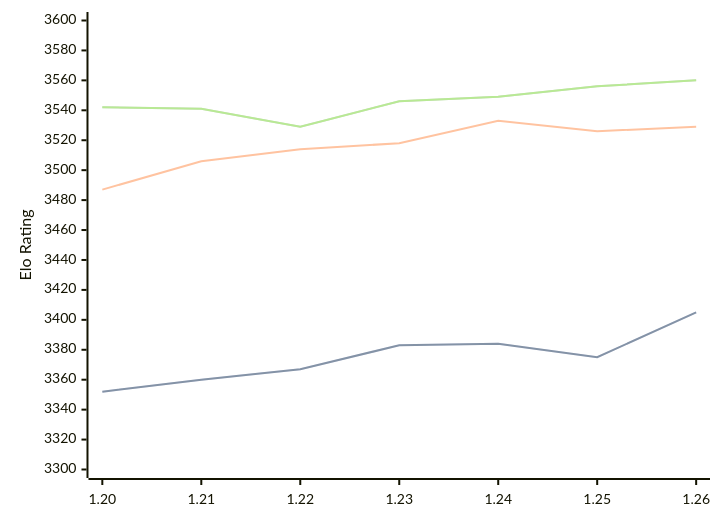
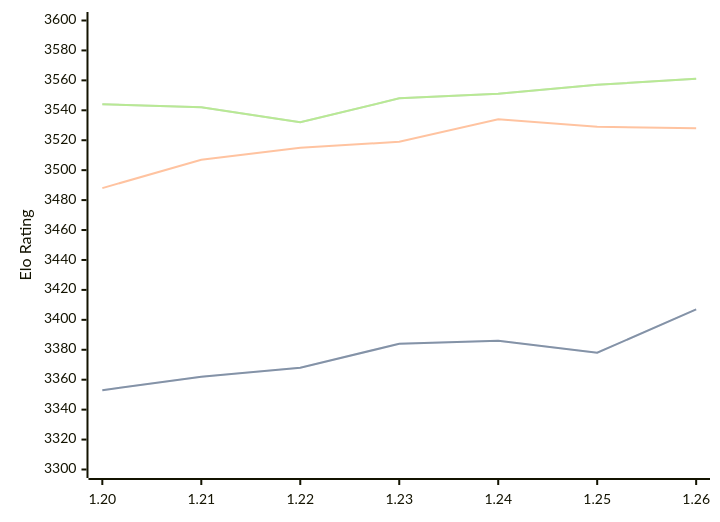
One commit to computer-chess-index/cci changed the diagram in engines/Caissa.md. Above: the diagram before and after it, drawn with Mermaid. The commit also changed other lines of this file, not shown here.

Commit message:
Update CCI Ratings (ELO VLTC) - 2026-08-22

````diff
--- a/engines/Caissa.md
+++ b/engines/Caissa.md
@@ -37,11 +37,11 @@
 ```mermaid
 %%{init: {"theme":"base","themeVariables":{"seriesColors:['#a3a3a3','#222221','#faa371']}}}%%
 xychart-beta
   x-axis ["1.20", "1.21", "1.22", "1.23", "1.24", "1.25", "1.26"]
   y-axis "Elo Rating" 3300 --> 3600
-  line "STC (8.0+0.08s)" [3352, 3360, 3367, 3383, 3384, 3375, 3405]
-  line "STC (8.0+0.08s)" [3352, 3360, 3367, 3383, 3384, 3375, 3405]
-  line "LTC (60.0+0.60s)" [3487, 3506, 3514, 3518, 3533, 3526, 3529]
-  line "VLTC (2m24s+1.12s)" [3542, 3541, 3529, 3546, 3549, 3556, 3560]
-  line "VLTC (2m24s+1.12s)" [3542, 3541, 3529, 3546, 3549, 3556, 3560]
+  line "STC (8.0+0.08s)" [3353, 3362, 3368, 3384, 3386, 3378, 3407]
+  line "STC (8.0+0.08s)" [3353, 3362, 3368, 3384, 3386, 3378, 3407]
+  line "LTC (60.0+0.60s)" [3488, 3507, 3515, 3519, 3534, 3529, 3528]
+  line "VLTC (2m24s+1.12s)" [3544, 3542, 3532, 3548, 3551, 3557, 3561]
+  line "VLTC (2m24s+1.12s)" [3544, 3542, 3532, 3548, 3551, 3557, 3561]
 ```
````
